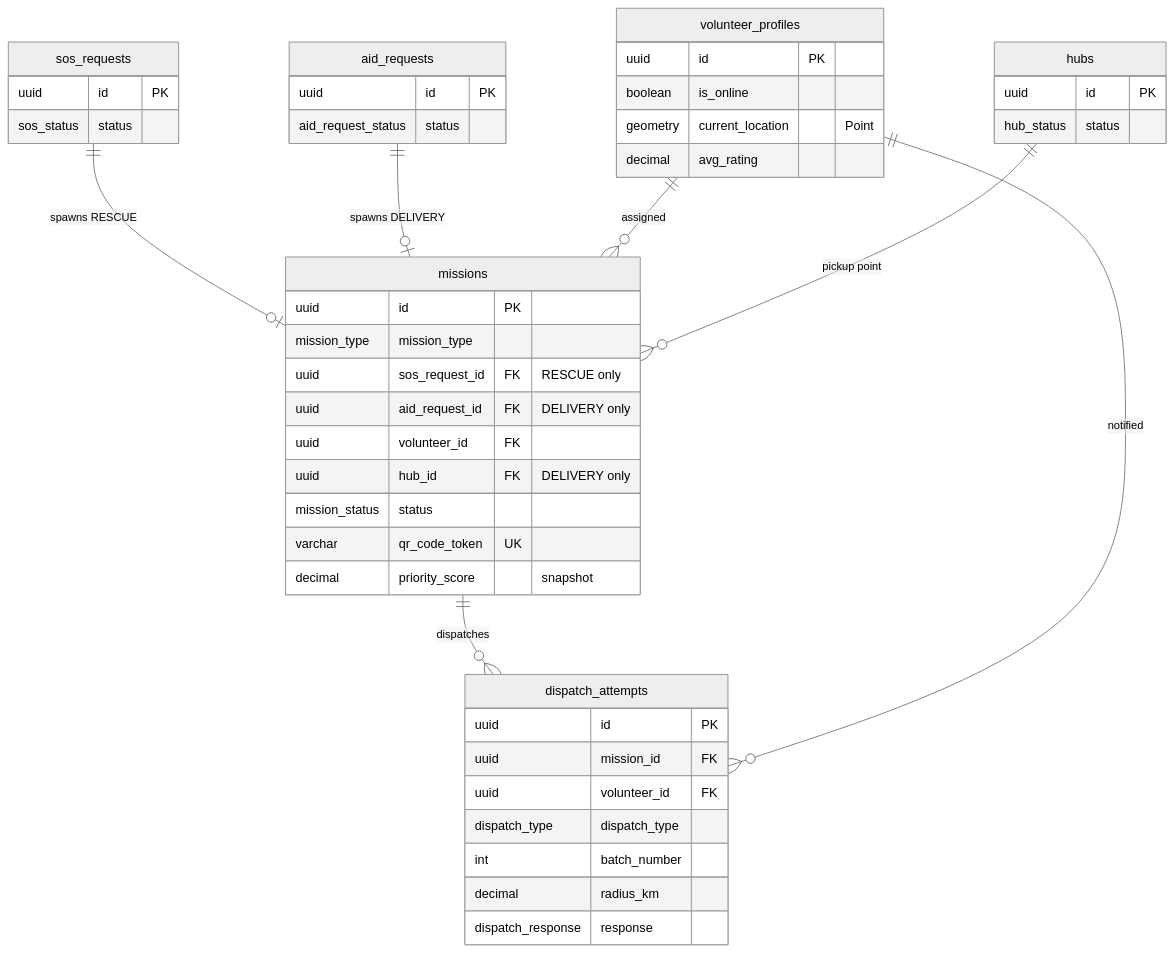
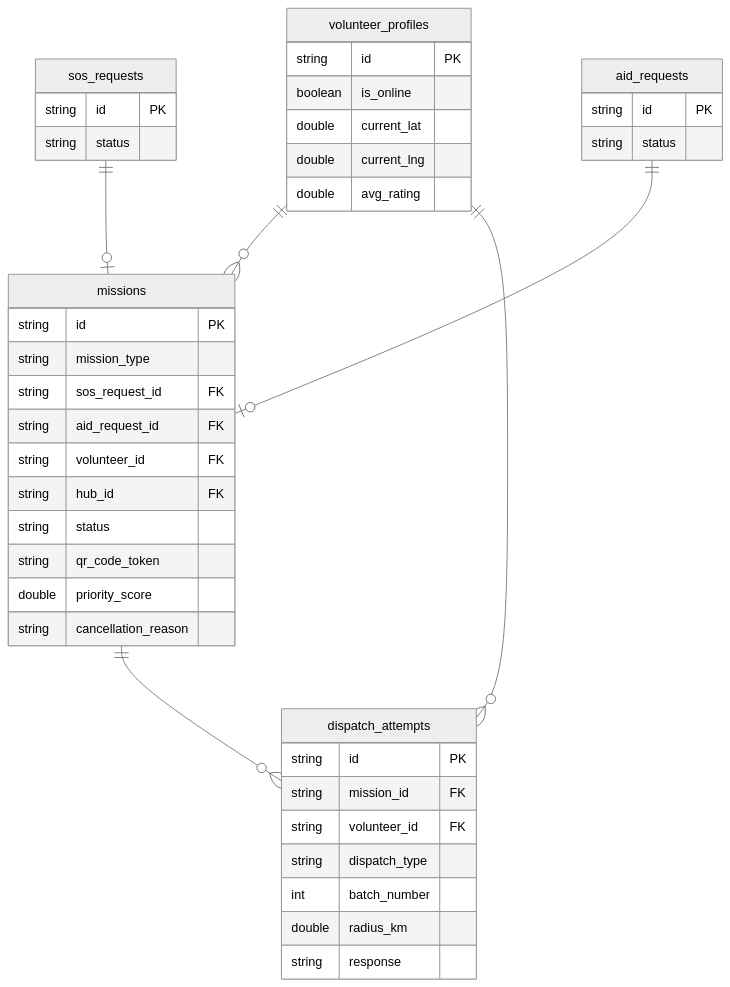
The fifth of 6 diagrams in docs/erd.md (phatnguyen975/AidBridge), drawn with Mermaid (neutral theme) before and after one commit. The commit also changed other lines of this file and 15 other files, not shown here.

Commit message:
Database.md and erd.md preview

````diff
--- a/docs/erd.md
+++ b/docs/erd.md
@@ -606,48 +500,45 @@
 ```mermaid
 erDiagram
     missions {
-        uuid           id             PK
-        mission_type   mission_type
-        uuid           sos_request_id FK "RESCUE only"
-        uuid           aid_request_id FK "DELIVERY only"
-        uuid           volunteer_id   FK
-        uuid           hub_id         FK "DELIVERY only"
-        mission_status status
-        varchar        qr_code_token  UK
-        decimal        priority_score "snapshot"
+        string id PK
+        string mission_type
+        string sos_request_id FK
+        string aid_request_id FK
+        string volunteer_id FK
+        string hub_id FK
+        string status
+        string qr_code_token
+        double priority_score
+        string cancellation_reason
     }
     dispatch_attempts {
-        uuid              id            PK
-        uuid              mission_id    FK
-        uuid              volunteer_id  FK
-        dispatch_type     dispatch_type
-        int               batch_number
-        decimal           radius_km
-        dispatch_response response
+        string id PK
+        string mission_id FK
+        string volunteer_id FK
+        string dispatch_type
+        int batch_number
+        double radius_km
+        string response
+    }
+    volunteer_profiles {
+        string id PK
+        boolean is_online
+        double current_lat
+        double current_lng
+        double avg_rating
     }
     sos_requests {
-        uuid      id     PK
-        sos_status status
+        string id PK
+        string status
     }
     aid_requests {
-        uuid               id     PK
-        aid_request_status status
-    }
-    volunteer_profiles {
-        uuid    id       PK
-        boolean is_online
-        geometry current_location "Point"
-        decimal avg_rating
-    }
-    hubs {
-        uuid       id     PK
-        hub_status status
+        string id PK
+        string status
     }
 
-    sos_requests       ||--o|  missions            : "spawns RESCUE"
-    aid_requests       ||--o|  missions            : "spawns DELIVERY"
-    volunteer_profiles ||--o{  missions            : "assigned"
-    hubs               ||--o{  missions            : "pickup point"
-    missions           ||--o{  dispatch_attempts   : "dispatches"
-    volunteer_profiles ||--o{  dispatch_attempts   : "notified"
+    sos_requests ||--o| missions : ""
+    aid_requests ||--o| missions : ""
+    volunteer_profiles ||--o{ missions : ""
+    volunteer_profiles ||--o{ dispatch_attempts : ""
+    missions ||--o{ dispatch_attempts : ""
 ```
````
